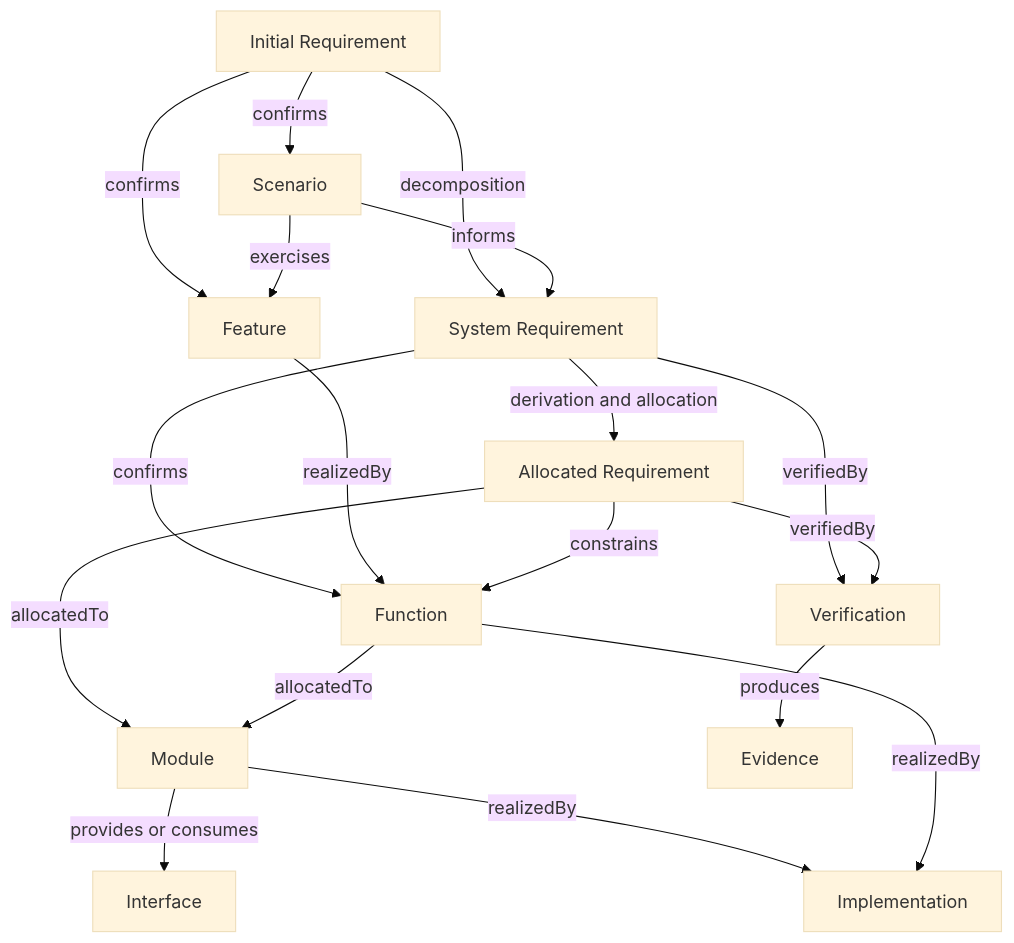
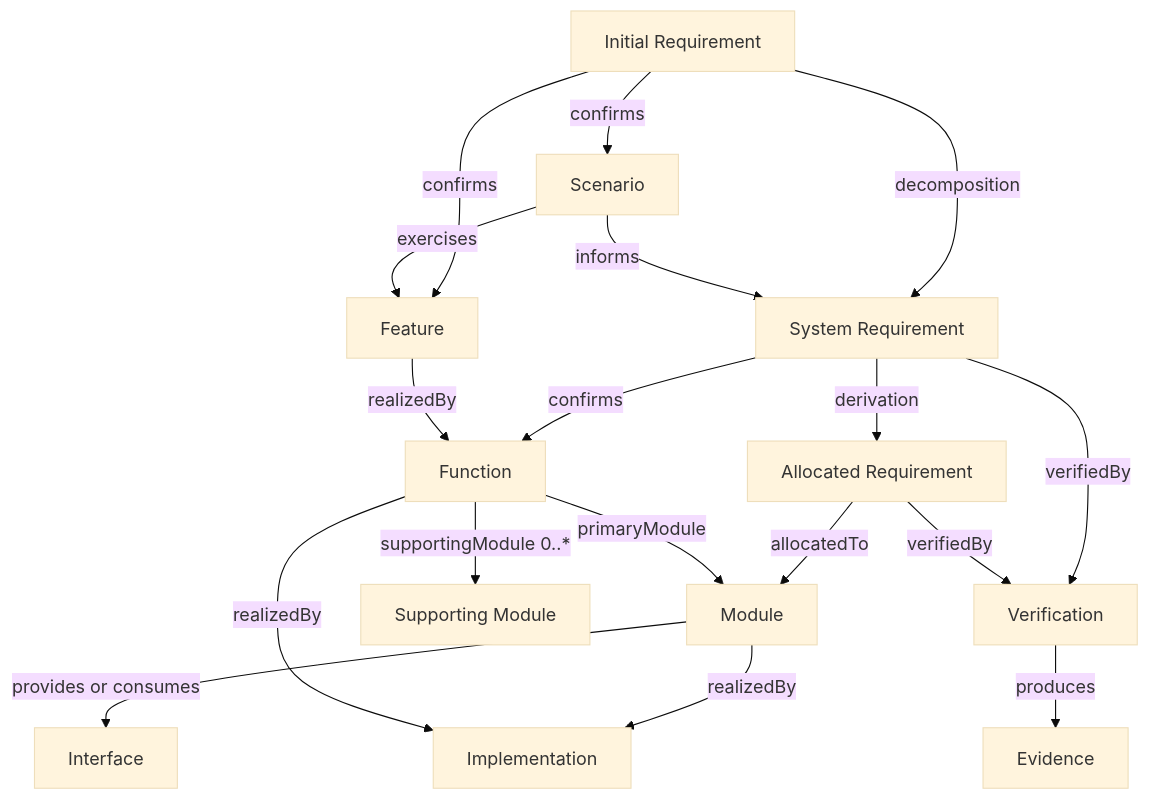
One commit to xiongxianfei/rigorloop changed the diagram in rem/models/README.md. Above: the diagram before and after it, drawn with Mermaid (base theme). The commit also changed other lines of this file and 197 other files, not shown here.

Commit message:
feat(design): map published products and architectural responsibilities

````diff
--- a/rem/models/README.md
+++ b/rem/models/README.md
@@ -14,20 +14,20 @@
 ```mermaid
 flowchart TD
     IR[Initial Requirement] -->|decomposition| SR[System Requirement]
-    SR -->|derivation and allocation| AR[Allocated Requirement]
+    SR -->|derivation| AR[Allocated Requirement]
     IR -->|confirms| FEAT[Feature]
     IR -->|confirms| SCN[Scenario]
     SCN -->|exercises| FEAT
     SCN -->|informs| SR
     SR -->|confirms| FUNC[Function]
     FEAT -->|realizedBy| FUNC
-    AR -->|constrains| FUNC
     AR -->|allocatedTo| MOD[Module]
-    FUNC -->|allocatedTo| MOD
+    FUNC -->|primaryModule| MOD
+    FUNC -->|supportingModule 0..*| SMOD[Supporting Module]
     MOD -->|provides or consumes| IF[Interface]
     MOD -->|realizedBy| IMPL[Implementation]
     FUNC -->|realizedBy| IMPL
     SR -->|verifiedBy| VER[Verification]
     AR -->|verifiedBy| VER
     VER -->|produces| EV[Evidence]
 ```
````
